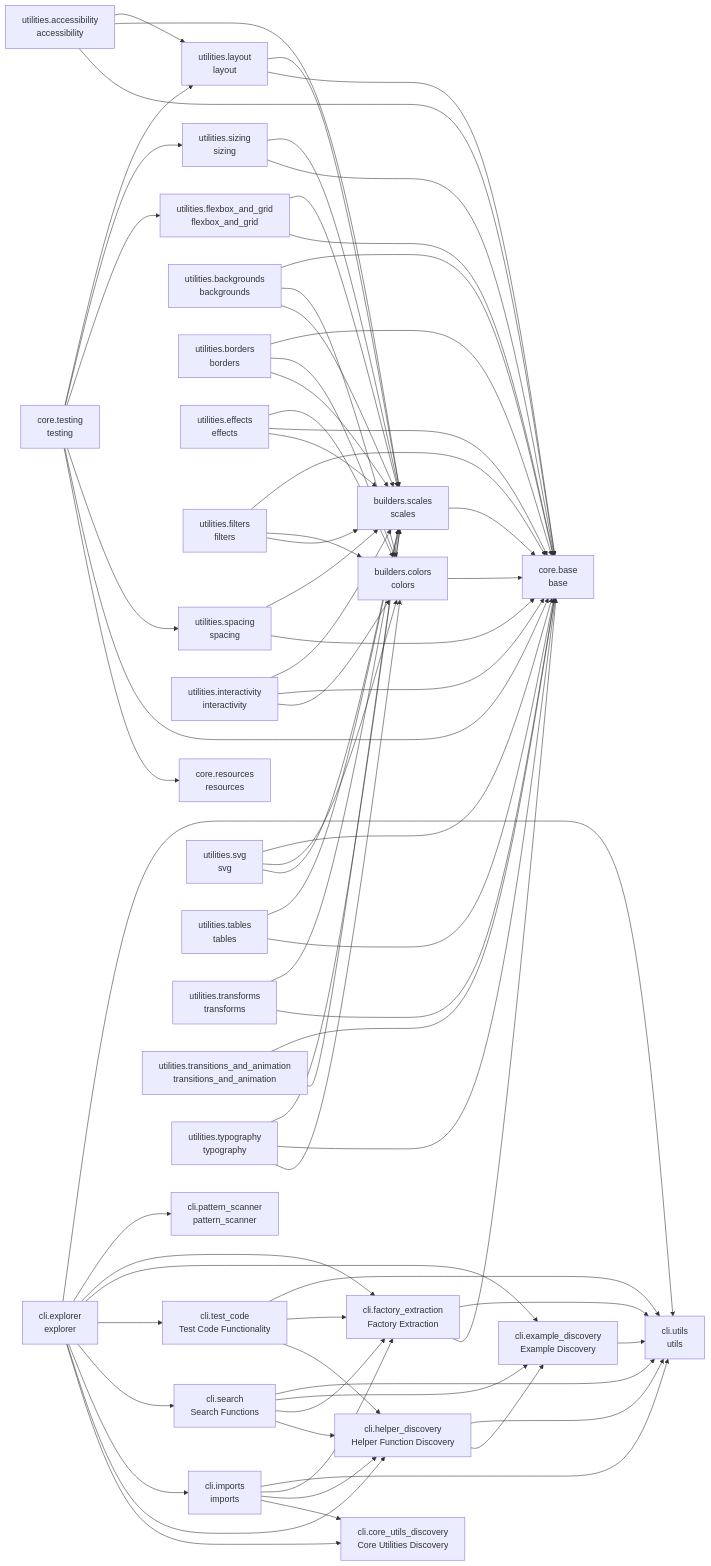
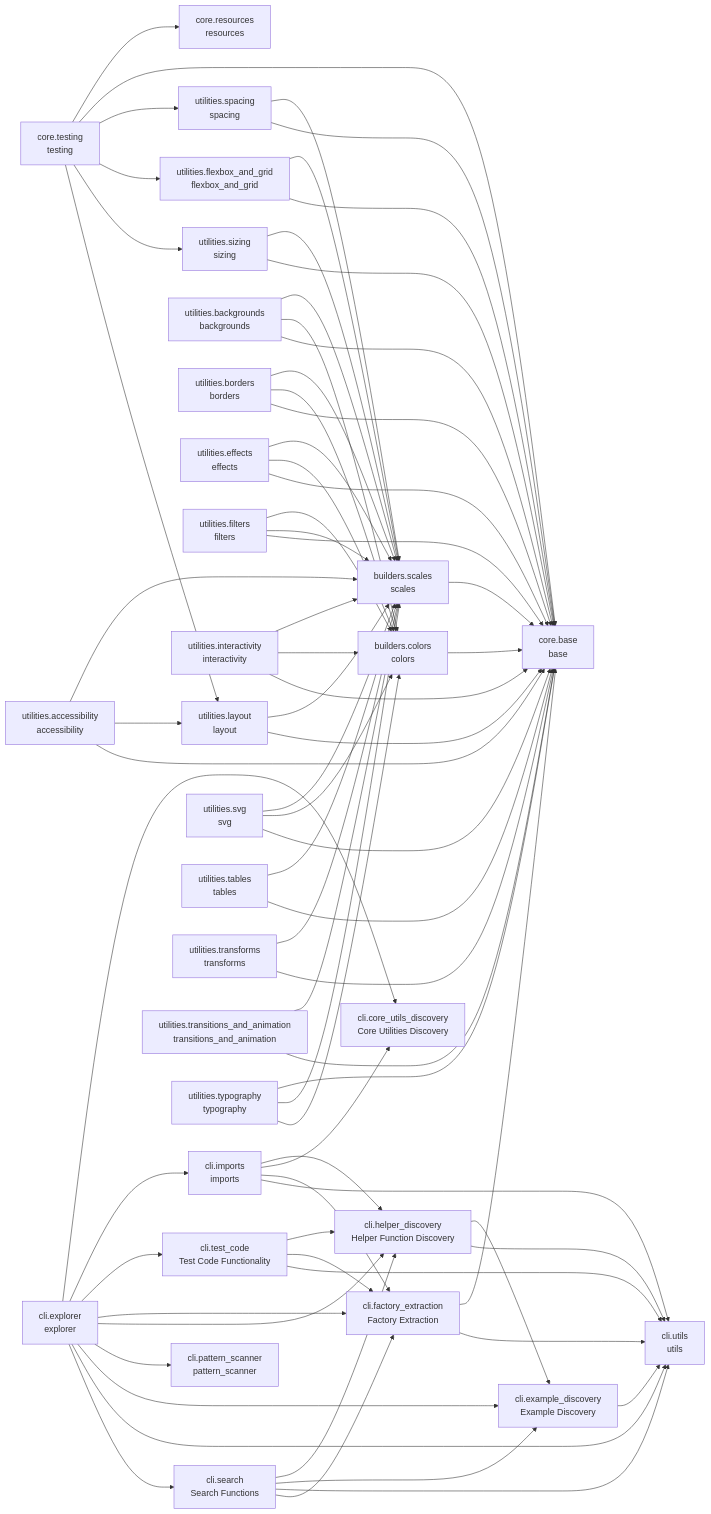
The diagram in README.md (cj-mills/cjm-fasthtml-tailwind), drawn with Mermaid before and after one commit. The commit also changed other lines of this file and 36 other files, not shown here.

Commit message:
Update practical example test functions to replace the existing hardcoded CSS strings with the relevant factories from the other utilities modules.

````diff
--- a/README.md
+++ b/README.md
@@ -87,14 +87,14 @@
     builders_colors --> core_base
     builders_scales --> core_base
     cli_example_discovery --> cli_utils
+    cli_explorer --> cli_search
     cli_explorer --> cli_utils
+    cli_explorer --> cli_example_discovery
     cli_explorer --> cli_pattern_scanner
+    cli_explorer --> cli_helper_discovery
     cli_explorer --> cli_factory_extraction
-    cli_explorer --> cli_example_discovery
     cli_explorer --> cli_test_code
-    cli_explorer --> cli_search
     cli_explorer --> cli_imports
-    cli_explorer --> cli_helper_discovery
     cli_explorer --> cli_core_utils_discovery
     cli_factory_extraction --> cli_utils
     cli_factory_extraction --> core_base
@@ -102,11 +102,11 @@
     cli_helper_discovery --> cli_example_discovery
     cli_imports --> cli_utils
     cli_imports --> cli_factory_extraction
+    cli_imports --> cli_core_utils_discovery
     cli_imports --> cli_helper_discovery
-    cli_imports --> cli_core_utils_discovery
+    cli_search --> cli_factory_extraction
     cli_search --> cli_utils
     cli_search --> cli_example_discovery
-    cli_search --> cli_factory_extraction
     cli_search --> cli_helper_discovery
     cli_test_code --> cli_utils
     cli_test_code --> cli_factory_extraction
@@ -117,42 +117,42 @@
     core_testing --> utilities_spacing
     core_testing --> core_base
     core_testing --> core_resources
+    utilities_accessibility --> core_base
     utilities_accessibility --> utilities_layout
     utilities_accessibility --> builders_scales
-    utilities_accessibility --> core_base
     utilities_backgrounds --> core_base
     utilities_backgrounds --> builders_colors
     utilities_backgrounds --> builders_scales
     utilities_borders --> core_base
     utilities_borders --> builders_colors
     utilities_borders --> builders_scales
+    utilities_effects --> core_base
     utilities_effects --> builders_colors
-    utilities_effects --> core_base
     utilities_effects --> builders_scales
     utilities_filters --> core_base
+    utilities_filters --> builders_scales
     utilities_filters --> builders_colors
-    utilities_filters --> builders_scales
+    utilities_flexbox_and_grid --> core_base
     utilities_flexbox_and_grid --> builders_scales
-    utilities_flexbox_and_grid --> core_base
-    utilities_interactivity --> builders_scales
     utilities_interactivity --> core_base
     utilities_interactivity --> builders_colors
+    utilities_interactivity --> builders_scales
+    utilities_layout --> core_base
     utilities_layout --> builders_scales
-    utilities_layout --> core_base
+    utilities_sizing --> core_base
     utilities_sizing --> builders_scales
-    utilities_sizing --> core_base
+    utilities_spacing --> core_base
     utilities_spacing --> builders_scales
-    utilities_spacing --> core_base
     utilities_svg --> core_base
     utilities_svg --> builders_colors
     utilities_svg --> builders_scales
+    utilities_tables --> core_base
     utilities_tables --> builders_scales
-    utilities_tables --> core_base
+    utilities_transforms --> core_base
     utilities_transforms --> builders_scales
-    utilities_transforms --> core_base
     utilities_transitions_and_animation --> core_base
     utilities_transitions_and_animation --> builders_scales
+    utilities_typography --> builders_colors
     utilities_typography --> builders_scales
     utilities_typography --> core_base
-    utilities_typography --> builders_colors
 ```
````
